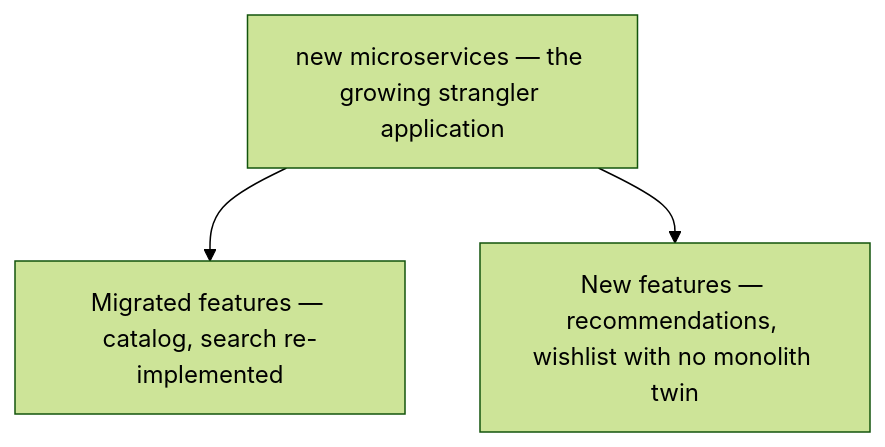
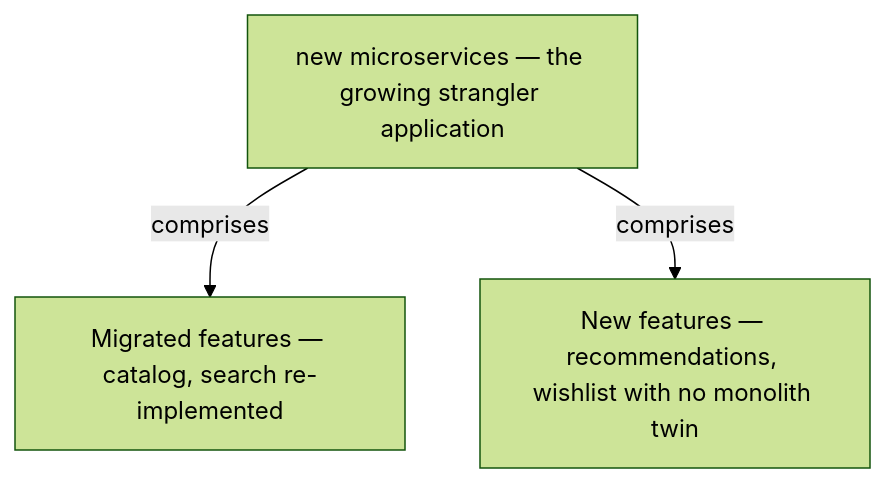
The sixth of 12 diagrams in docs/ch44-strangler-application.md (vinayakuber/microservices-io-study-guide), drawn with Mermaid (forest theme) before and after one commit. The commit also changed other lines of this file and 71 other files, not shown here.

First line of the commit message:
R18: label every diagram arrow with its meaning

````diff
--- a/docs/ch44-strangler-application.md
+++ b/docs/ch44-strangler-application.md
@@ -181,6 +181,6 @@
 ```mermaid
 flowchart TD
   R["new microservices — the growing strangler application"]
-  R --> P0["Migrated features — catalog, search re-implemented"]
-  R --> P1["New features — recommendations, wishlist with no monolith twin"]
+  R -->|"comprises"| P0["Migrated features — catalog, search re-implemented"]
+  R -->|"comprises"| P1["New features — recommendations, wishlist with no monolith twin"]
 ```
````
